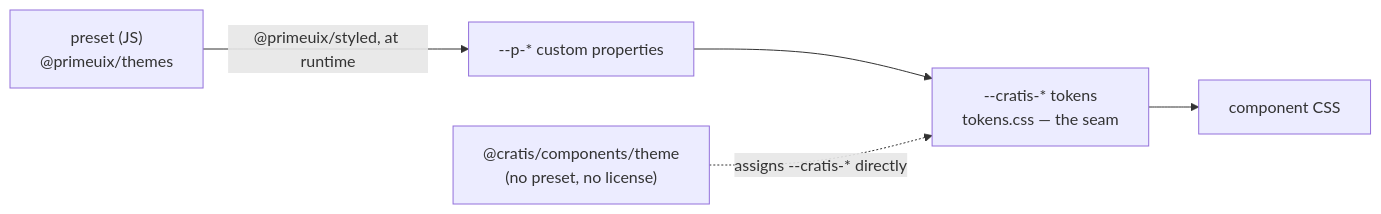
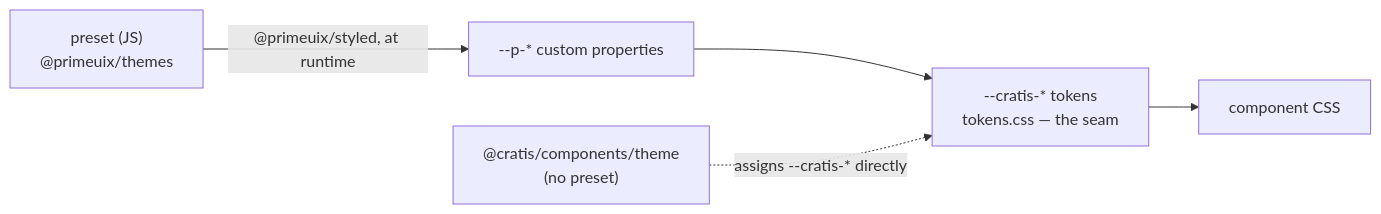
The diagram in Documentation/Styling/index.md (Cratis/Components), drawn with Mermaid before and after one commit. The commit also changed other lines of this file and 13 other files, not shown here.

````diff
--- a/Documentation/Styling/index.md
+++ b/Documentation/Styling/index.md
@@ -35,7 +53,7 @@
 ```mermaid
 flowchart LR
     Preset["preset (JS)<br/>@primeuix/themes"] -->|"@primeuix/styled, at runtime"| P["--p-* custom properties"]
     P --> C["--cratis-* tokens<br/>tokens.css — the seam"]
     C --> CSS["component CSS"]
-    Theme["@cratis/components/theme<br/>(no preset, no license)"] -.->|"assigns --cratis-* directly"| C
+    Theme["@cratis/components/theme<br/>(no preset)"] -.->|"assigns --cratis-* directly"| C
 ```
````
